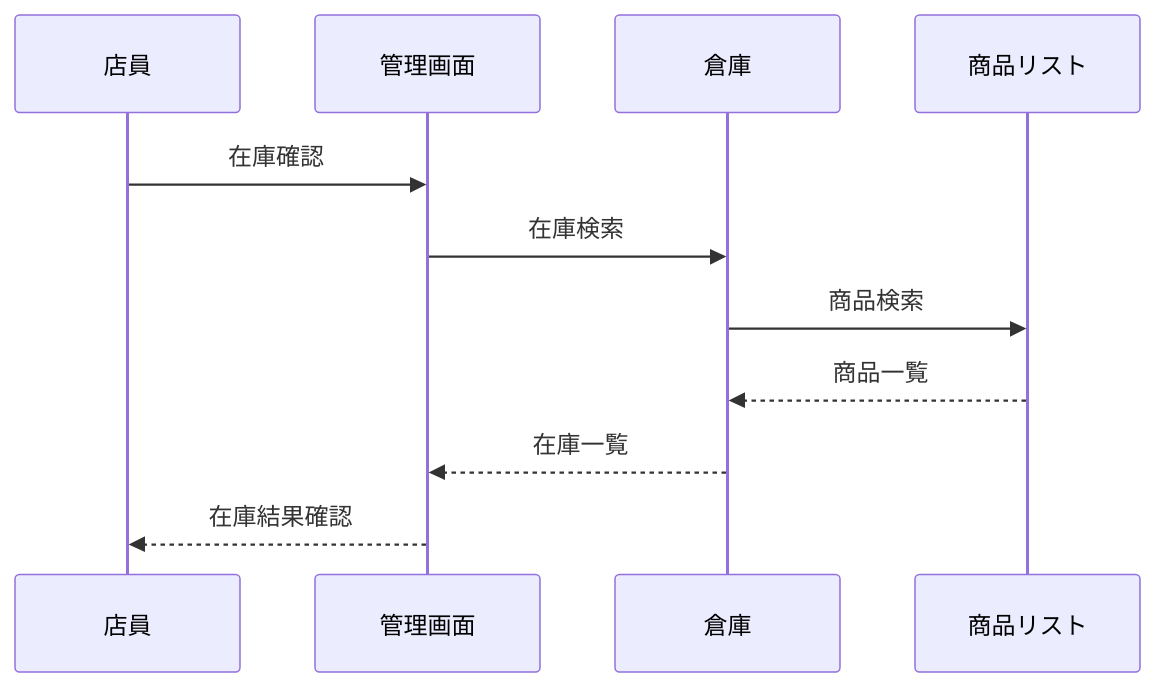
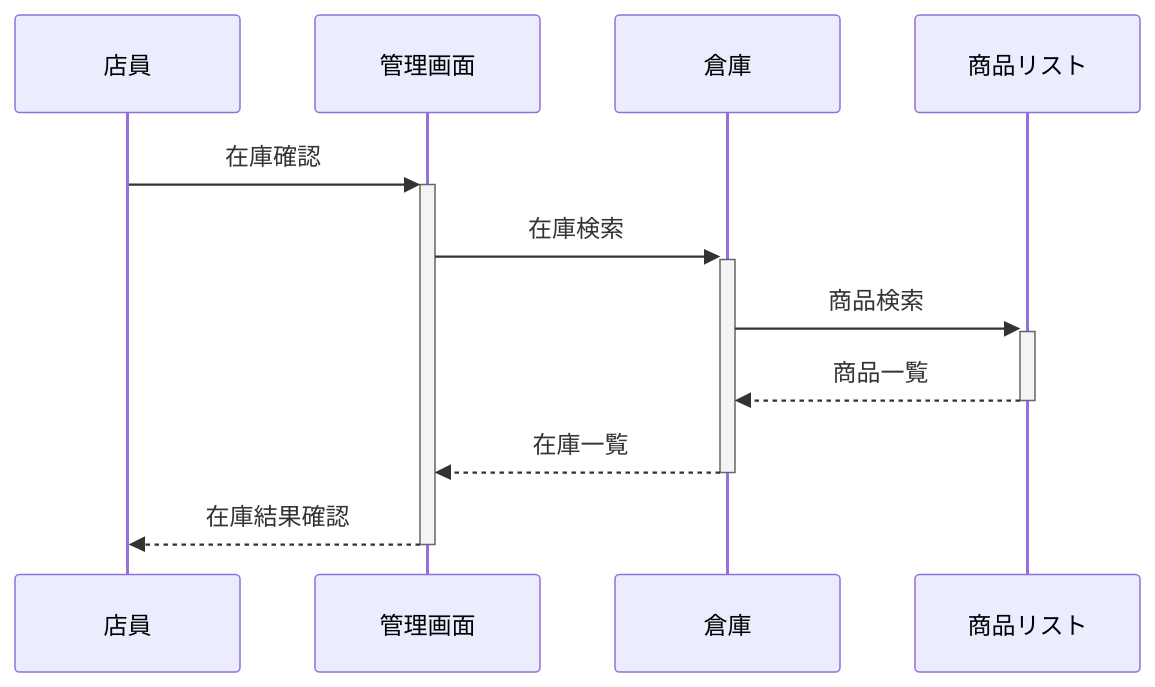
The first of 2 diagrams in sequenceDiagram.md (kosuke-17/mermaid-practice), drawn with Mermaid before and after one commit.

Commit message:
プラスとマイナスでshortcut notation

````diff
--- a/sequenceDiagram.md
+++ b/sequenceDiagram.md
@@ -3,9 +3,9 @@
 ```mermaid
 sequenceDiagram
-    店員->>管理画面: 在庫確認
-    管理画面->>倉庫: 在庫検索
-    倉庫->> 商品リスト: 商品検索
-    商品リスト-->>倉庫: 商品一覧
-    倉庫 -->>管理画面: 在庫一覧
-    管理画面-->>店員: 在庫結果確認
+    店員->>+管理画面: 在庫確認
+    管理画面->>+倉庫: 在庫検索
+    倉庫->>+商品リスト: 商品検索
+    商品リスト-->>-倉庫: 商品一覧
+    倉庫 -->>-管理画面: 在庫一覧
+    管理画面-->>-店員: 在庫結果確認
 ```
````
